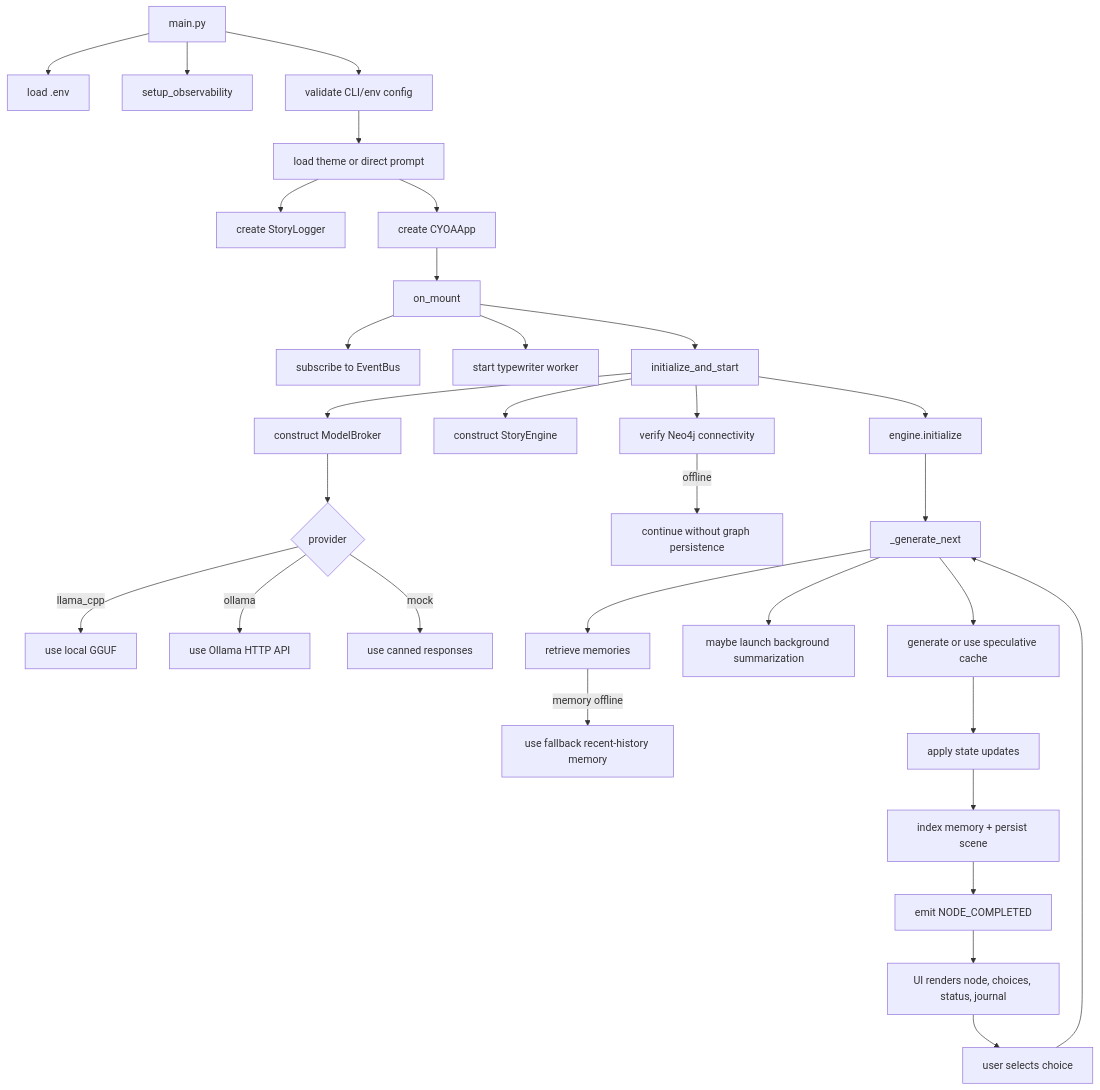
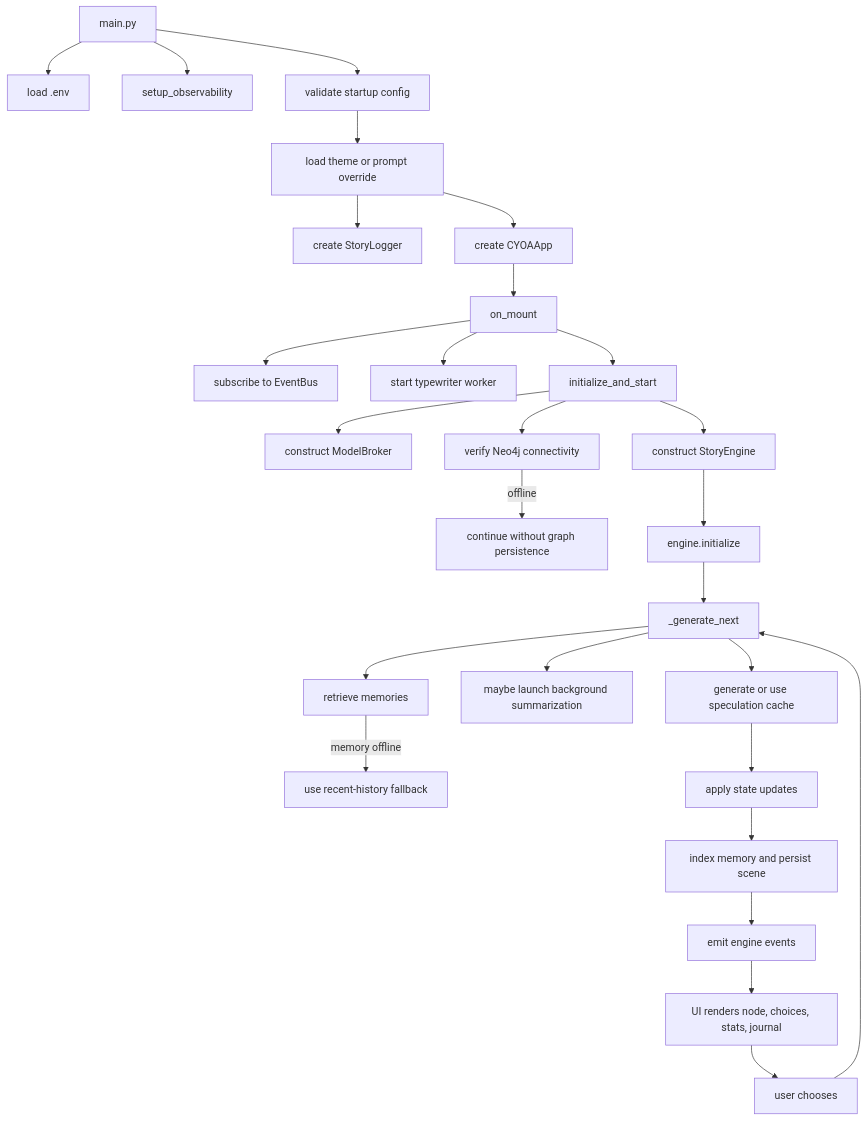
One commit to KishanPipariya/CYOA_TUI changed the diagram in CODEWIKI.md. Above: the diagram before and after it, drawn with Mermaid. The commit also changed other lines of this file and 3 other files, not shown here.

````diff
--- a/CODEWIKI.md
+++ b/CODEWIKI.md
@@ -80,33 +78,29 @@
 ```mermaid
 flowchart TD
     A[main.py] --> B[load .env]
     A --> C[setup_observability]
-    A --> D[validate CLI/env config]
-    D --> E[load theme or direct prompt]
+    A --> D[validate startup config]
+    D --> E[load theme or prompt override]
     E --> F[create StoryLogger]
     E --> G[create CYOAApp]
     G --> H[on_mount]
     H --> I[subscribe to EventBus]
     H --> J[start typewriter worker]
     H --> K[initialize_and_start]
     K --> L[construct ModelBroker]
-    L --> L1{provider}
-    L1 -->|llama_cpp| L2[use local GGUF]
-    L1 -->|ollama| L3[use Ollama HTTP API]
-    L1 -->|mock| L4[use canned responses]
     K --> M[construct StoryEngine]
     K --> N[verify Neo4j connectivity]
     N -->|offline| N1[continue without graph persistence]
-    K --> O[engine.initialize]
+    M --> O[engine.initialize]
     O --> P[_generate_next]
     P --> Q[retrieve memories]
-    Q -->|memory offline| Q1[use fallback recent-history memory]
+    Q -->|memory offline| Q1[use recent-history fallback]
     P --> R[maybe launch background summarization]
-    P --> S[generate or use speculative cache]
+    P --> S[generate or use speculation cache]
     S --> T[apply state updates]
-    T --> U[index memory + persist scene]
-    U --> V[emit NODE_COMPLETED]
-    V --> W[UI renders node, choices, status, journal]
-    W --> X[user selects choice]
+    T --> U[index memory and persist scene]
+    U --> V[emit engine events]
+    V --> W[UI renders node, choices, stats, journal]
+    W --> X[user chooses]
     X --> P
 ```
````
